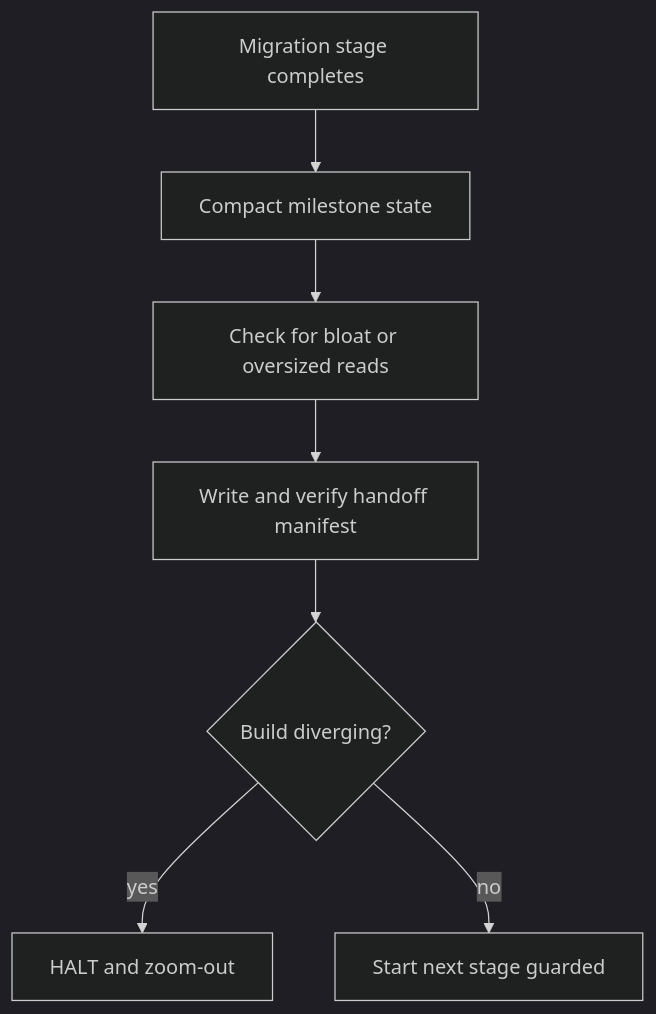
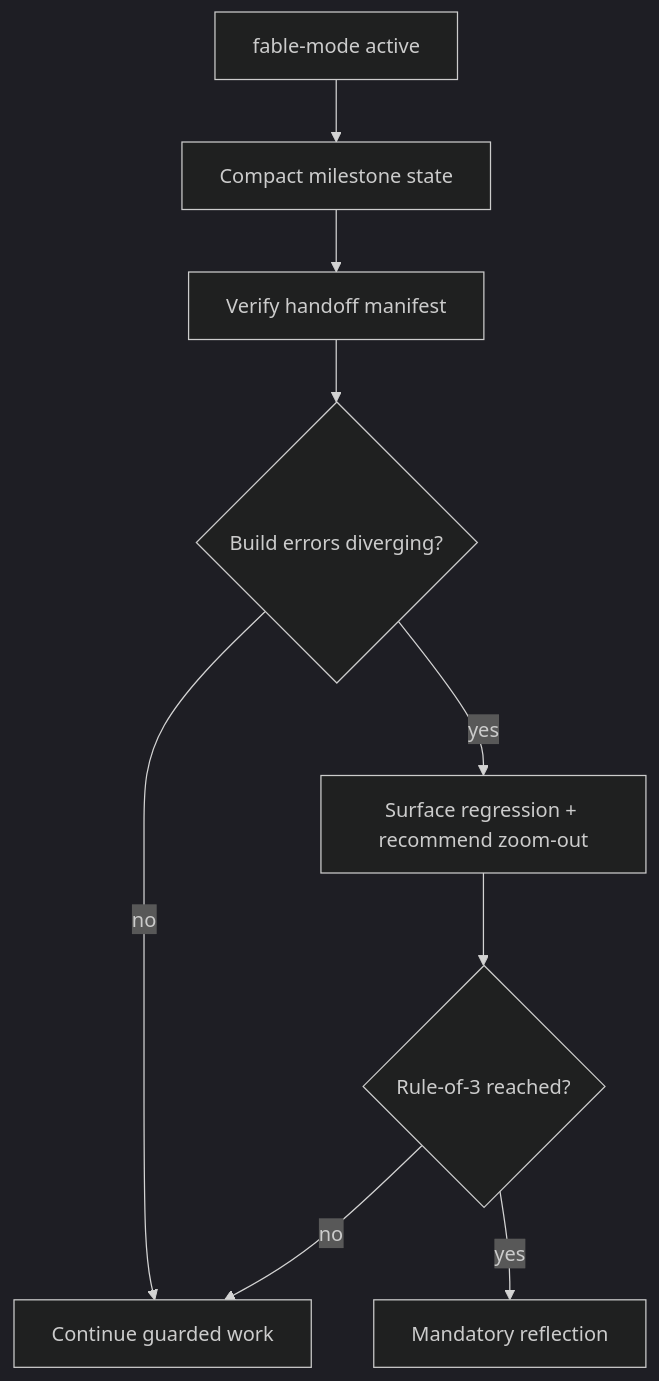
The diagram in docs/workflows/fable-discipline.md (dyphn1/Harness-everything), drawn with Mermaid (dark theme) before and after one commit. The commit also changed other lines of this file, not shown here.

````diff
--- a/docs/workflows/fable-discipline.md
+++ b/docs/workflows/fable-discipline.md
@@ -53,9 +9,11 @@
 ```mermaid
 graph TD
-  LongTask[Migration stage completes] --> CompactState[Compact milestone state]
-  CompactState --> CheckBloat[Check for bloat or oversized reads]
-  CheckBloat --> Handoff[Write and verify handoff manifest]
-  Handoff --> BuildCheck{Build diverging?}
-  BuildCheck -->|yes| HaltNow[HALT and zoom-out]
-  BuildCheck -->|no| NextStage[Start next stage guarded]
+  Active[fable-mode active] --> Compact[Compact milestone state]
+  Compact --> Handoff[Verify handoff manifest]
+  Handoff --> Diverge{Build errors diverging?}
+  Diverge -->|no| Continue[Continue guarded work]
+  Diverge -->|yes| Warn[Surface regression + recommend zoom-out]
+  Warn --> Rule3{Rule-of-3 reached?}
+  Rule3 -->|yes| Reflect[Mandatory reflection]
+  Rule3 -->|no| Continue
 ```
````
